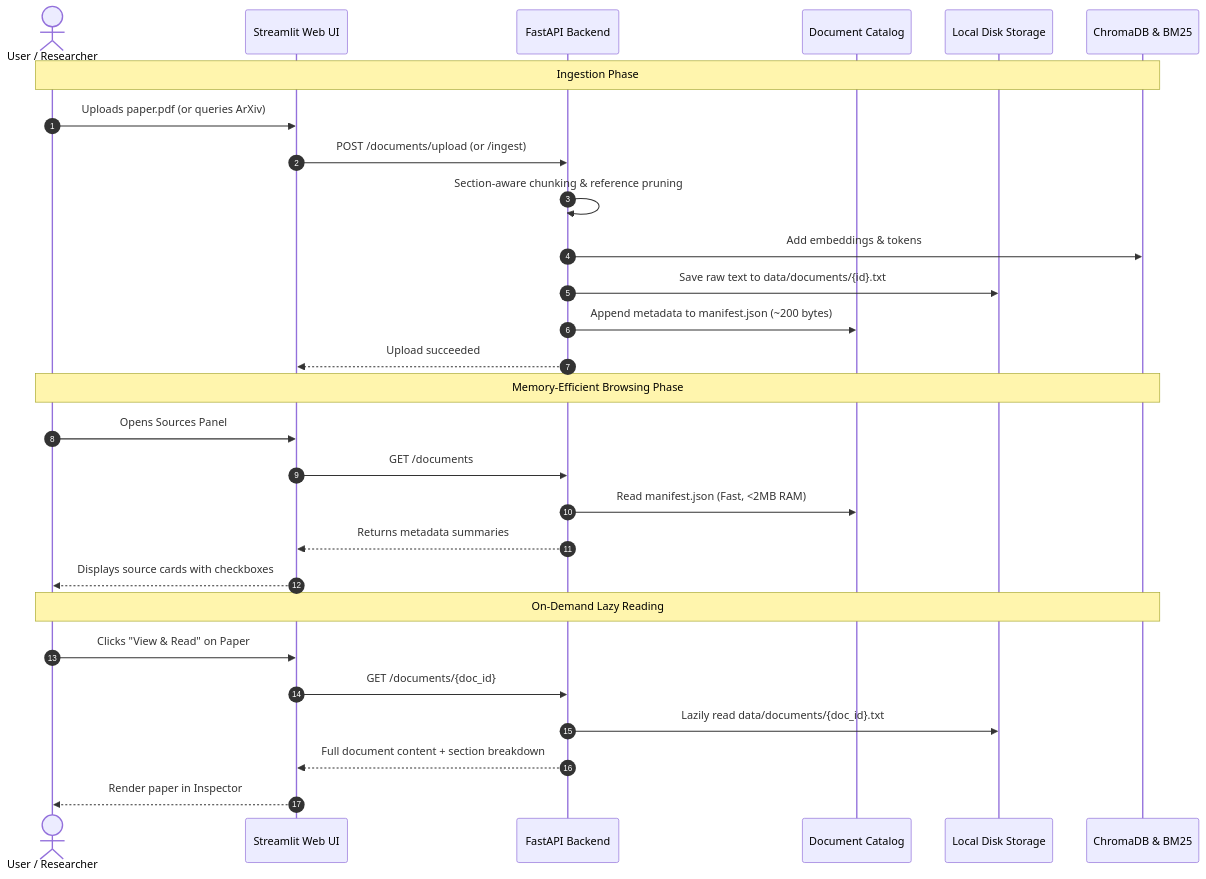
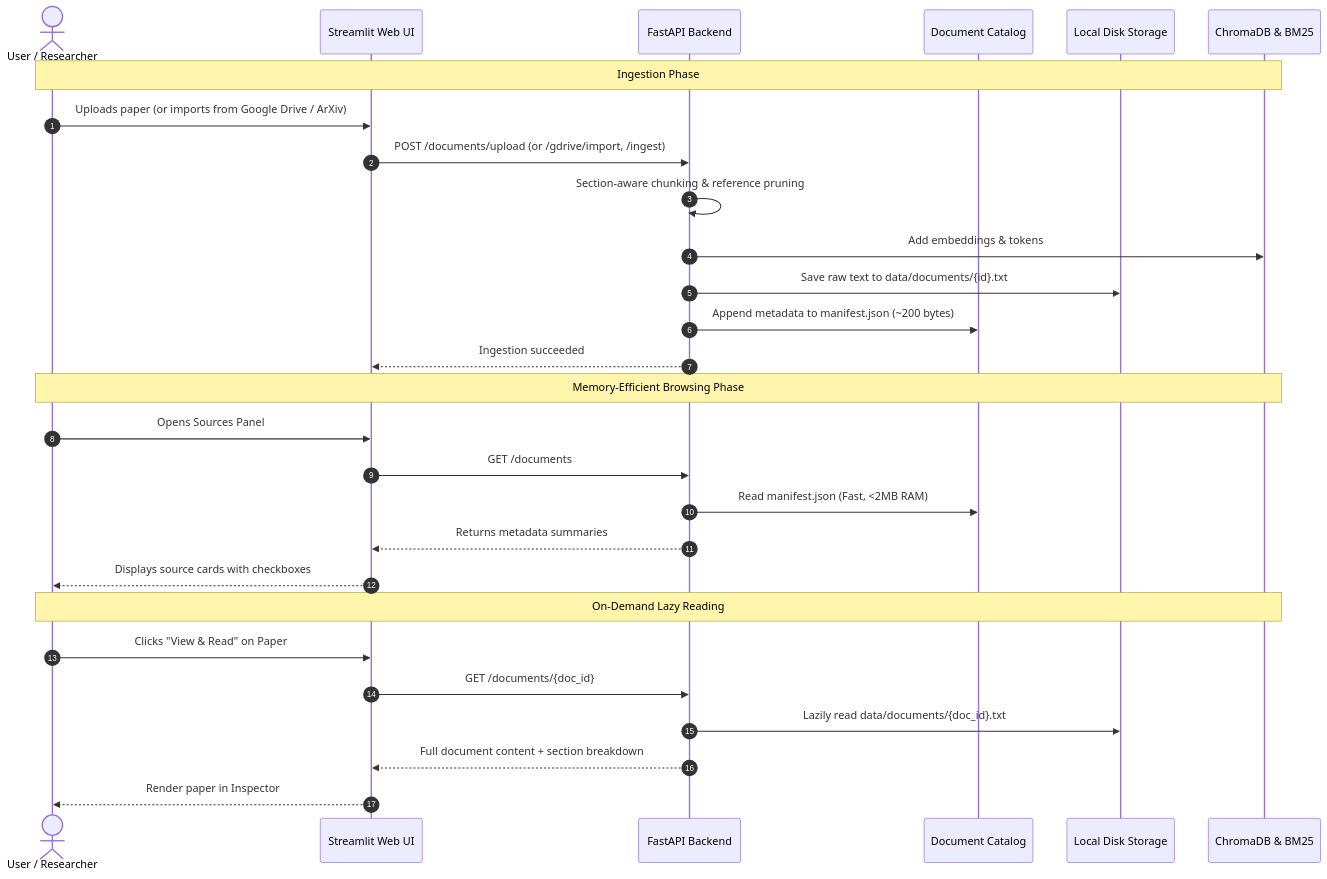
One commit to Waiz346/research-rag-system changed the fourth of 4 diagrams in README.md. Above: the diagram before and after it, drawn with Mermaid. The commit also changed other lines of this file and 2725 other files, not shown here.

````diff
--- a/README.md
+++ b/README.md
@@ -139,33 +192,33 @@
 ```mermaid
 sequenceDiagram
     autonumber
     actor User as User / Researcher
     participant UI as Streamlit Web UI
     participant API as FastAPI Backend
     participant Cat as Document Catalog
     participant Disk as Local Disk Storage
     participant Vec as ChromaDB & BM25
 
     Note over User, Vec: Ingestion Phase
-    User->>UI: Uploads paper.pdf (or queries ArXiv)
-    UI->>API: POST /documents/upload (or /ingest)
+    User->>UI: Uploads paper (or imports from Google Drive / ArXiv)
+    UI->>API: POST /documents/upload (or /gdrive/import, /ingest)
     API->>API: Section-aware chunking & reference pruning
     API->>Vec: Add embeddings & tokens
     API->>Disk: Save raw text to data/documents/{id}.txt
     API->>Cat: Append metadata to manifest.json (~200 bytes)
-    API-->>UI: Upload succeeded
+    API-->>UI: Ingestion succeeded
 
     Note over User, Vec: Memory-Efficient Browsing Phase
     User->>UI: Opens Sources Panel
     UI->>API: GET /documents
     API->>Cat: Read manifest.json (Fast, <2MB RAM)
     API-->>UI: Returns metadata summaries
     UI-->>User: Displays source cards with checkboxes
 
     Note over User, Vec: On-Demand Lazy Reading
     User->>UI: Clicks "View & Read" on Paper #1
     UI->>API: GET /documents/{doc_id}
     API->>Disk: Lazily read data/documents/{doc_id}.txt
     API-->>UI: Full document content + section breakdown
     UI-->>User: Render paper in Inspector
 ```
````
